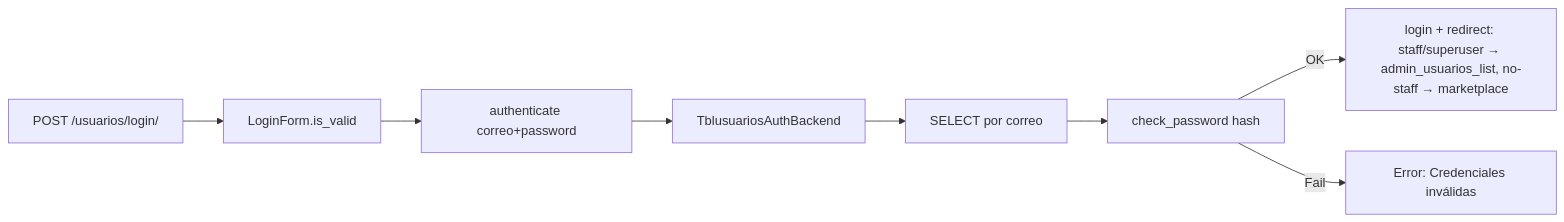
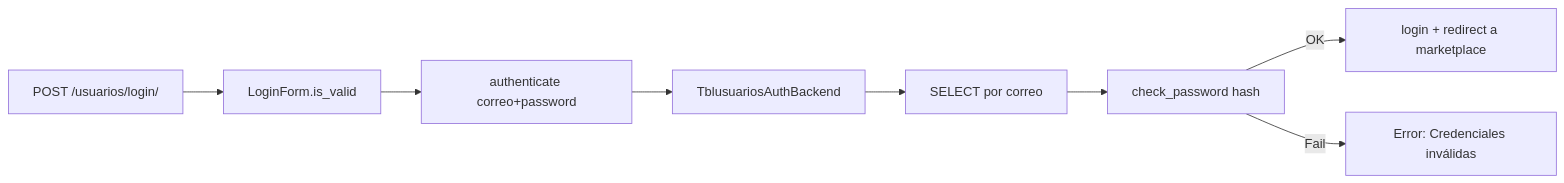
One commit to danieldavid-23/agrosft changed the diagram in docs/04-MODULO-USUARIOS.md. Above: the diagram before and after it, drawn with Mermaid. The commit also changed 23 other files, not shown here.

````diff
--- a/docs/04-MODULO-USUARIOS.md
+++ b/docs/04-MODULO-USUARIOS.md
@@ -37,10 +37,10 @@
 ```mermaid
 graph LR
     A[POST /usuarios/login/] --> B[LoginForm.is_valid]
     B --> C[authenticate correo+password]
     C --> D[TblusuariosAuthBackend]
     D --> E[SELECT por correo]
     E --> F[check_password hash]
-    F -->|OK| G[login + redirect: staff/superuser → admin_usuarios_list, no-staff → marketplace]
+    F -->|OK| G[login + redirect a marketplace]
     F -->|Fail| H[Error: Credenciales inválidas]
 ```
````
